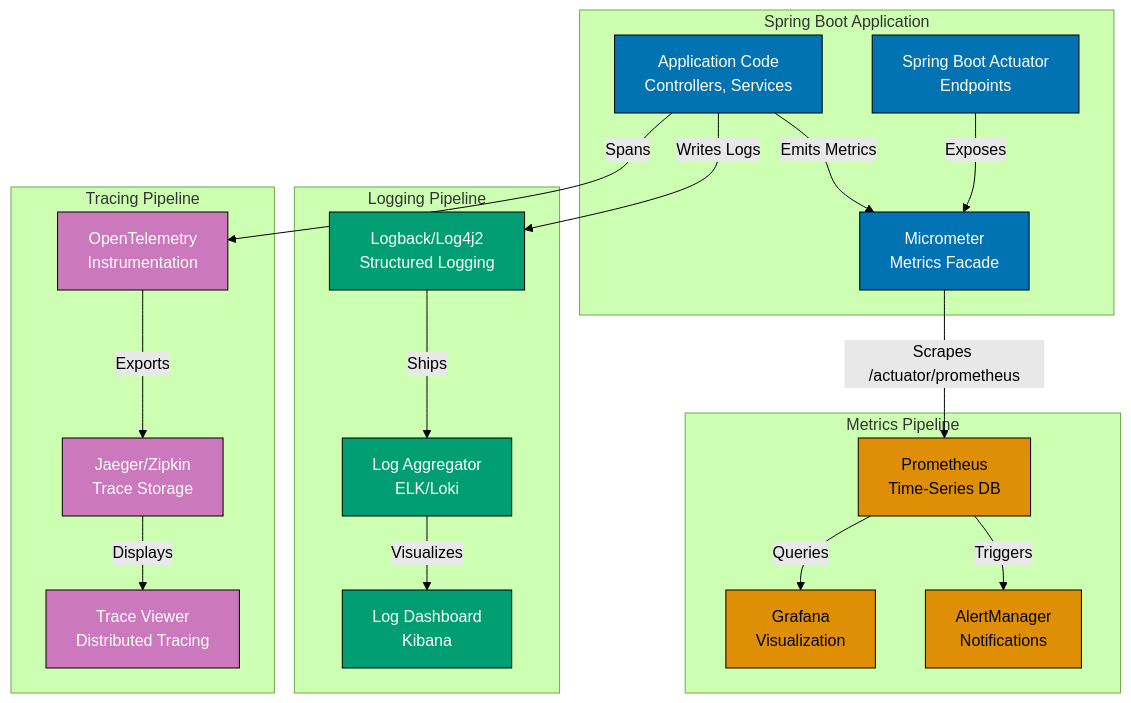
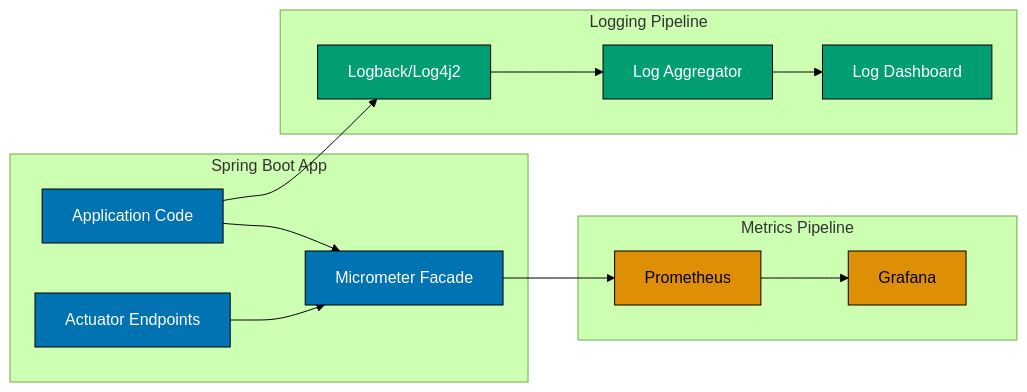
The first of 2 diagrams in docs/explanation/software-engineering/platform-web/tools/jvm-spring-boot/observability.md (wahidyankf/open-sharia-enterprise), drawn with Mermaid (forest theme) before and after one commit. The commit also changed other lines of this file and 22 other files, not shown here.

First line of the commit message:
fix(docs): fix mermaid violations in platform-web docs

````diff
--- a/docs/explanation/software-engineering/platform-web/tools/jvm-spring-boot/observability.md
+++ b/docs/explanation/software-engineering/platform-web/tools/jvm-spring-boot/observability.md
@@ -77,56 +79,38 @@
 ```mermaid
 %% Color Palette: Blue #0173B2, Orange #DE8F05, Teal #029E73, Purple #CC78BC, Brown #CA9161
 %% All colors are color-blind friendly and meet WCAG AA contrast standards
-graph TD
-    subgraph "Spring Boot Application"
-        APP[Application Code<br/>Controllers, Services]
-        ACT[Spring Boot Actuator<br/>Endpoints]
-        MIC[Micrometer<br/>Metrics Facade]
+graph LR
+    subgraph "Spring Boot App"
+        APP[Application Code]
+        ACT[Actuator Endpoints]
+        MIC[Micrometer Facade]
     end
 
     subgraph "Metrics Pipeline"
-        PROM[Prometheus<br/>Time-Series DB]
-        GRAF[Grafana<br/>Visualization]
-        ALERT[AlertManager<br/>Notifications]
+        PROM[Prometheus]
+        GRAF[Grafana]
     end
 
     subgraph "Logging Pipeline"
-        LOG[Logback/Log4j2<br/>Structured Logging]
-        AGG[Log Aggregator<br/>ELK/Loki]
-        DASH[Log Dashboard<br/>Kibana]
+        LOG[Logback/Log4j2]
+        AGG[Log Aggregator]
+        DASH[Log Dashboard]
     end
 
-    subgraph "Tracing Pipeline"
-        OTEL[OpenTelemetry<br/>Instrumentation]
-        JAEGER[Jaeger/Zipkin<br/>Trace Storage]
-        TRACE[Trace Viewer<br/>Distributed Tracing]
-    end
-
-    APP -->|Emits Metrics| MIC
-    APP -->|Writes Logs| LOG
-    APP -->|Spans| OTEL
-    ACT -->|Exposes| MIC
-
-    MIC -->|Scrapes /actuator/prometheus| PROM
-    PROM -->|Queries| GRAF
-    PROM -->|Triggers| ALERT
-
-    LOG -->|Ships| AGG
-    AGG -->|Visualizes| DASH
-
-    OTEL -->|Exports| JAEGER
-    JAEGER -->|Displays| TRACE
+    APP --> MIC
+    APP --> LOG
+    ACT --> MIC
+    MIC --> PROM
+    PROM --> GRAF
+    LOG --> AGG
+    AGG --> DASH
 
     style APP fill:#0173B2,stroke:#000,color:#fff
     style ACT fill:#0173B2,stroke:#000,color:#fff
     style MIC fill:#0173B2,stroke:#000,color:#fff
     style PROM fill:#DE8F05,stroke:#000,color:#000
     style GRAF fill:#DE8F05,stroke:#000,color:#000
-    style ALERT fill:#DE8F05,stroke:#000,color:#000
     style LOG fill:#029E73,stroke:#000,color:#fff
     style AGG fill:#029E73,stroke:#000,color:#fff
     style DASH fill:#029E73,stroke:#000,color:#fff
-    style OTEL fill:#CC78BC,stroke:#000,color:#fff
-    style JAEGER fill:#CC78BC,stroke:#000,color:#fff
-    style TRACE fill:#CC78BC,stroke:#000,color:#fff
 ```
````
